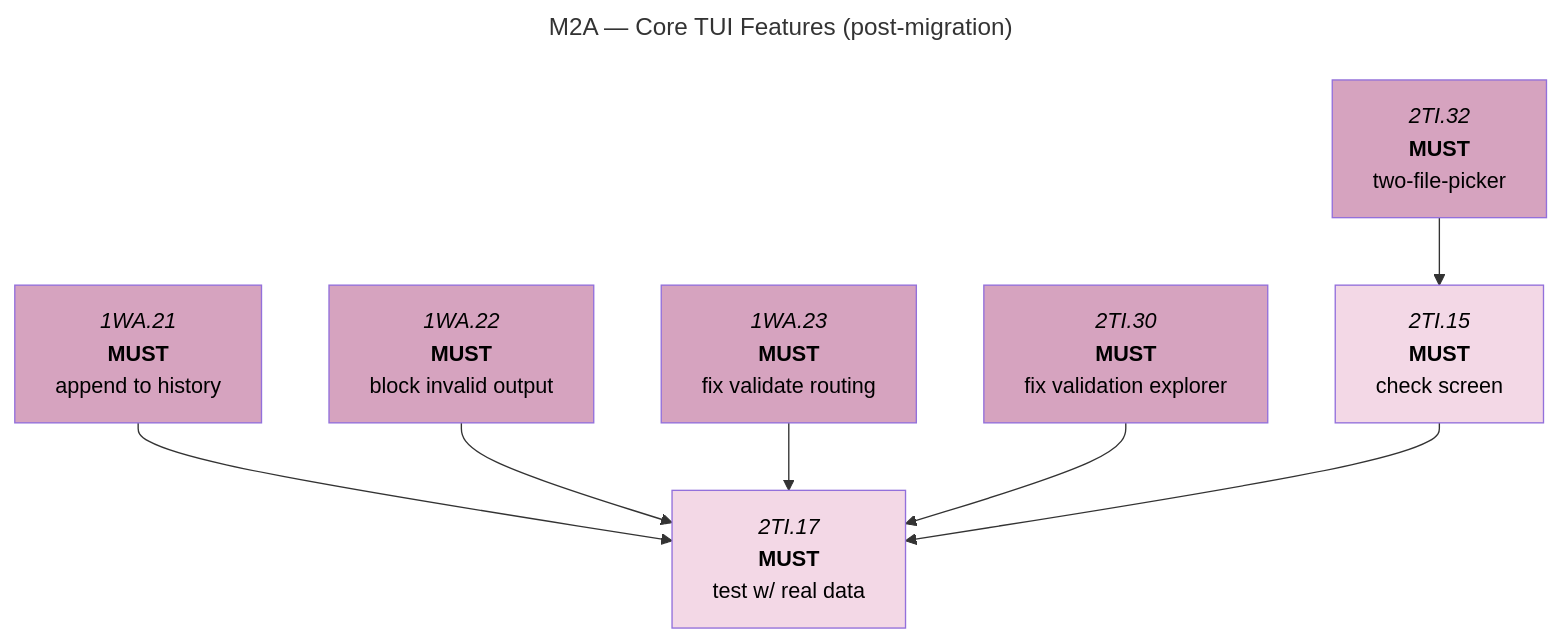
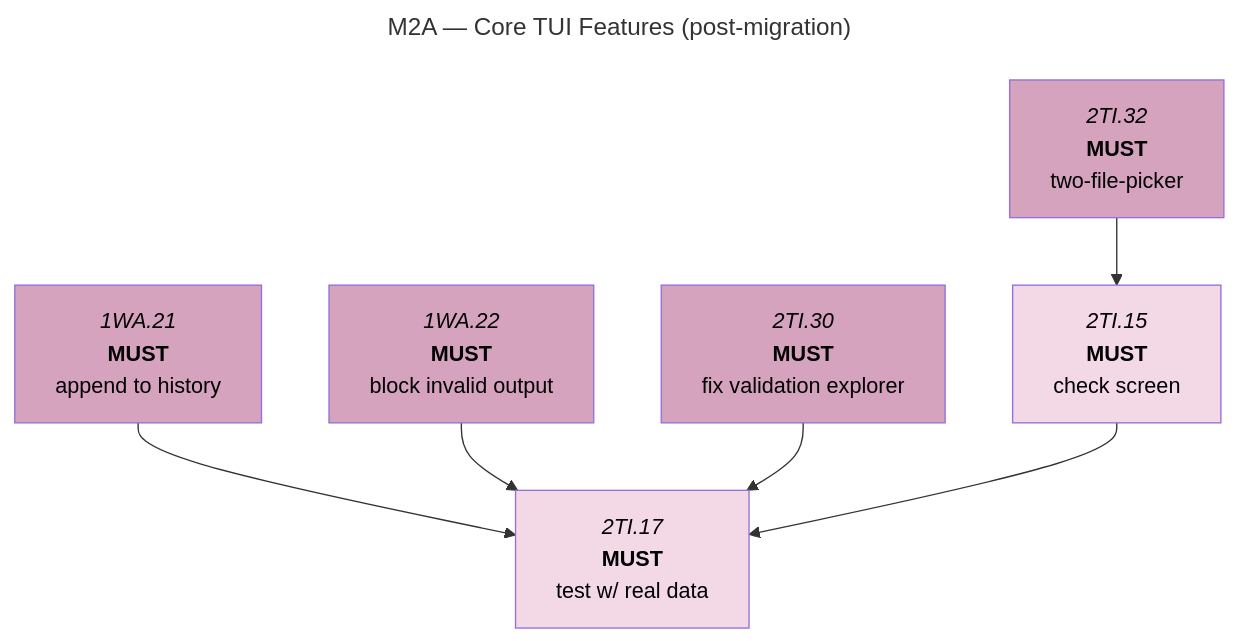
One commit to foundersandcoders/iris changed the second of 5 diagrams in docs/roadmaps/phase-1-mvp-features.md. Above: the diagram before and after it, drawn with Mermaid. The commit also changed other lines of this file, not shown here.

````diff
--- a/docs/roadmaps/phase-1-mvp-features.md
+++ b/docs/roadmaps/phase-1-mvp-features.md
@@ -149,25 +149,24 @@
 ```mermaid
 ---
 title: M2A — Core TUI Features (post-migration)
 ---
 graph TD
 
 1WA.21["`*1WA.21*<br/>**MUST**<br/>append to history`"]:::must-open
 1WA.22["`*1WA.22*<br/>**MUST**<br/>block invalid output`"]:::must-open
-1WA.23["`*1WA.23*<br/>**MUST**<br/>fix validate routing`"]:::must-open
 2TI.30["`*2TI.30*<br/>**MUST**<br/>fix validation explorer`"]:::must-open
 2TI.32["`*2TI.32*<br/>**MUST**<br/>two-file-picker`"]:::must-open
 2TI.15["`*2TI.15*<br/>**MUST**<br/>check screen`"]:::must-blocked
 2TI.17["`*2TI.17*<br/>**MUST**<br/>test w/ real data`"]:::must-blocked
 
 2TI.32 --> 2TI.15
-1WA.21 & 1WA.22 & 1WA.23 & 2TI.30 & 2TI.15 --> 2TI.17
+1WA.21 & 1WA.22 & 2TI.30 & 2TI.15 --> 2TI.17
 
 classDef must-open fill:#D6A3BF,color:#000;
 classDef must-blocked fill:#F3D8E6,color:#000;
 classDef should-open fill:#6F2A52,color:#fff;
 classDef should-blocked fill:#A45A84,color:#fff;
 classDef could-open fill:#3E7F96,color:#fff;
 classDef could-blocked fill:#5FA3BA,color:#fff;
 classDef mile fill:#E8EFF6,color:#000;
 ```
````
